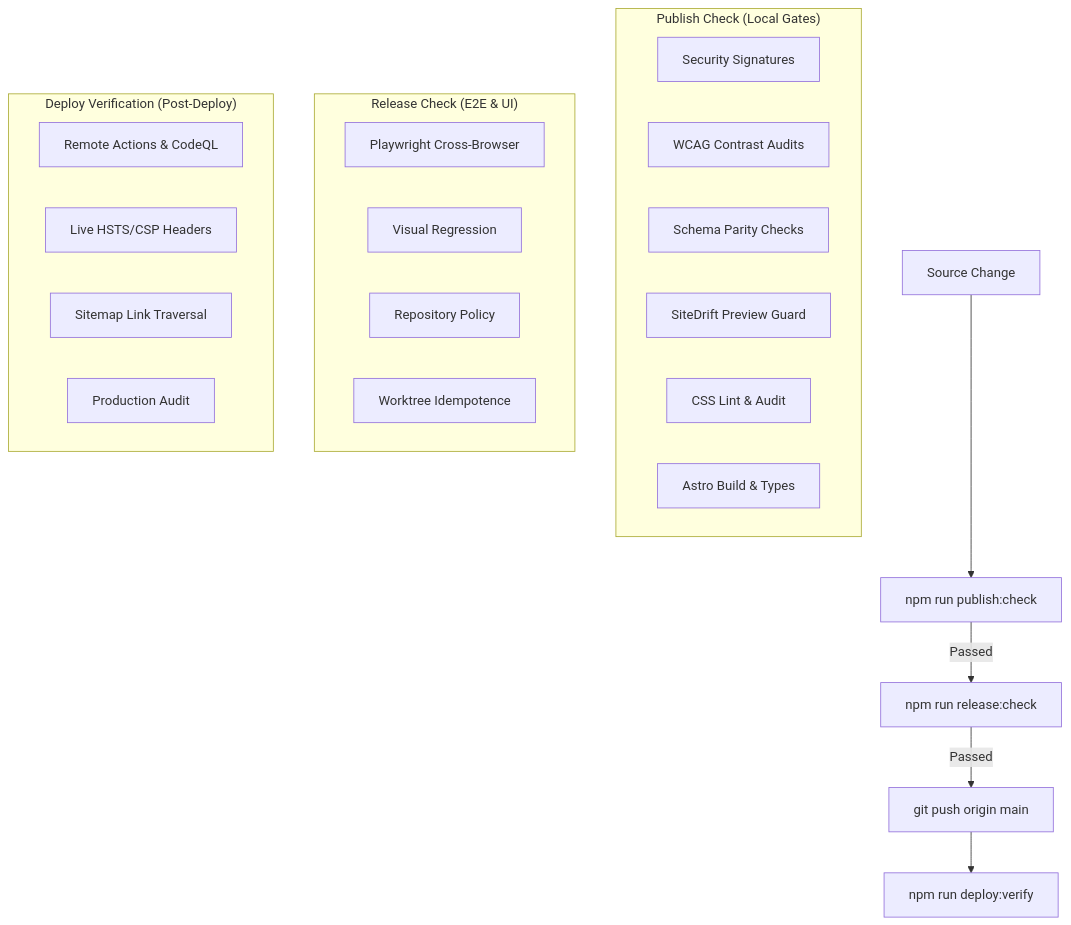
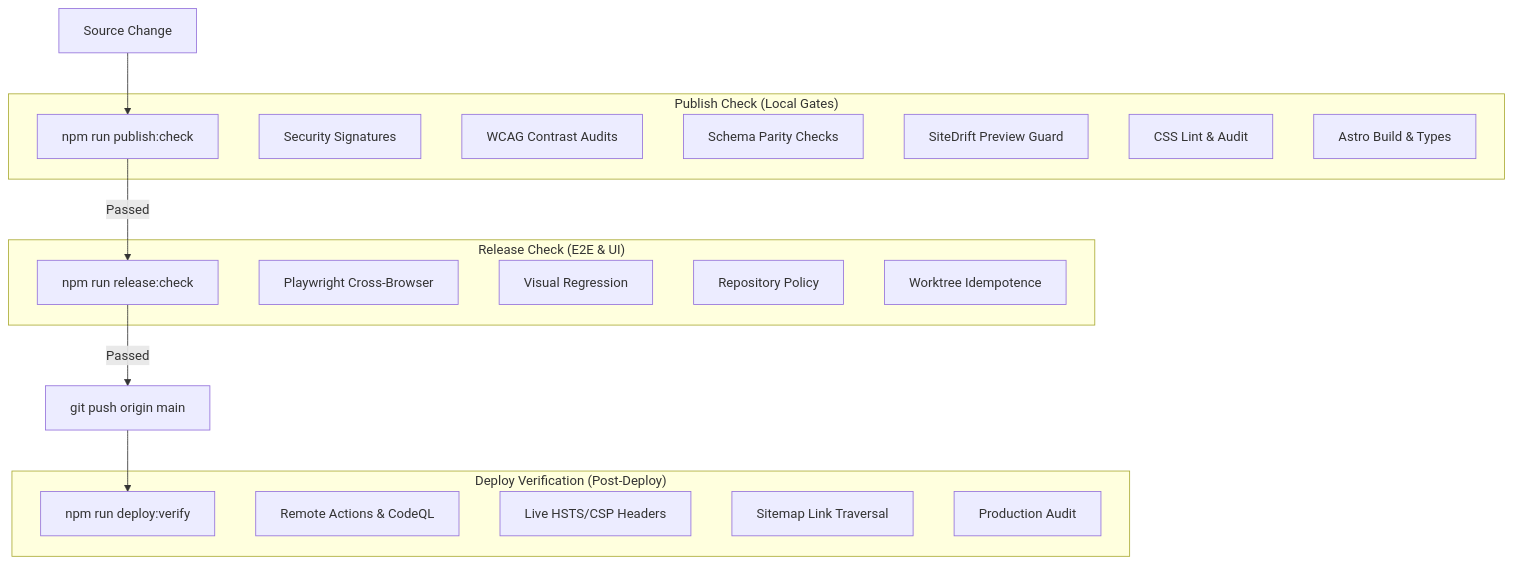
One commit to joeseverino/jseverino.com changed the diagram in README.md. Above: the diagram before and after it, drawn with Mermaid. The commit also changed 6 other files, not shown here.

First line of the commit message:
doc: restore stable graph syntax and remove HTML tags from Mermaid

````diff
--- a/README.md
+++ b/README.md
@@ -202,30 +202,33 @@
 ```mermaid
-flowchart TD
-    A["Source Change  "] --> B["npm run publish:check  "]
-    B -->|Passed| C["npm run release:check  "]
+graph TD
+    A["Source Change  "] --> B
+    B -->|Passed| C
     C -->|Passed| D["git push origin main  "]
-    D --> E["npm run deploy:verify  "]
+    D --> E
     
-    subgraph publish:check ["Publish Check (Local Gates)  "]
+    subgraph publish_check ["Publish Check (Local Gates)  "]
+        B["npm run publish:check  "]
         B1["Security Signatures  "]
         B2["WCAG Contrast Audits  "]
         B3["Schema Parity Checks  "]
         B4["SiteDrift Preview Guard  "]
         B5["CSS Lint & Audit  "]
         B6["Astro Build & Types  "]
     end
 
-    subgraph release:check ["Release Check (E2E & UI)  "]
+    subgraph release_check ["Release Check (E2E & UI)  "]
+        C["npm run release:check  "]
         C1["Playwright Cross-Browser  "]
         C2["Visual Regression  "]
         C3["Repository Policy  "]
         C4["Worktree Idempotence  "]
     end
 
-    subgraph deploy:verify ["Deploy Verification (Post-Deploy)  "]
+    subgraph deploy_verify ["Deploy Verification (Post-Deploy)  "]
+        E["npm run deploy:verify  "]
         E1["Remote Actions & CodeQL  "]
         E2["Live HSTS/CSP Headers  "]
         E3["Sitemap Link Traversal  "]
         E4["Production Audit  "]
     end
 ```
````
